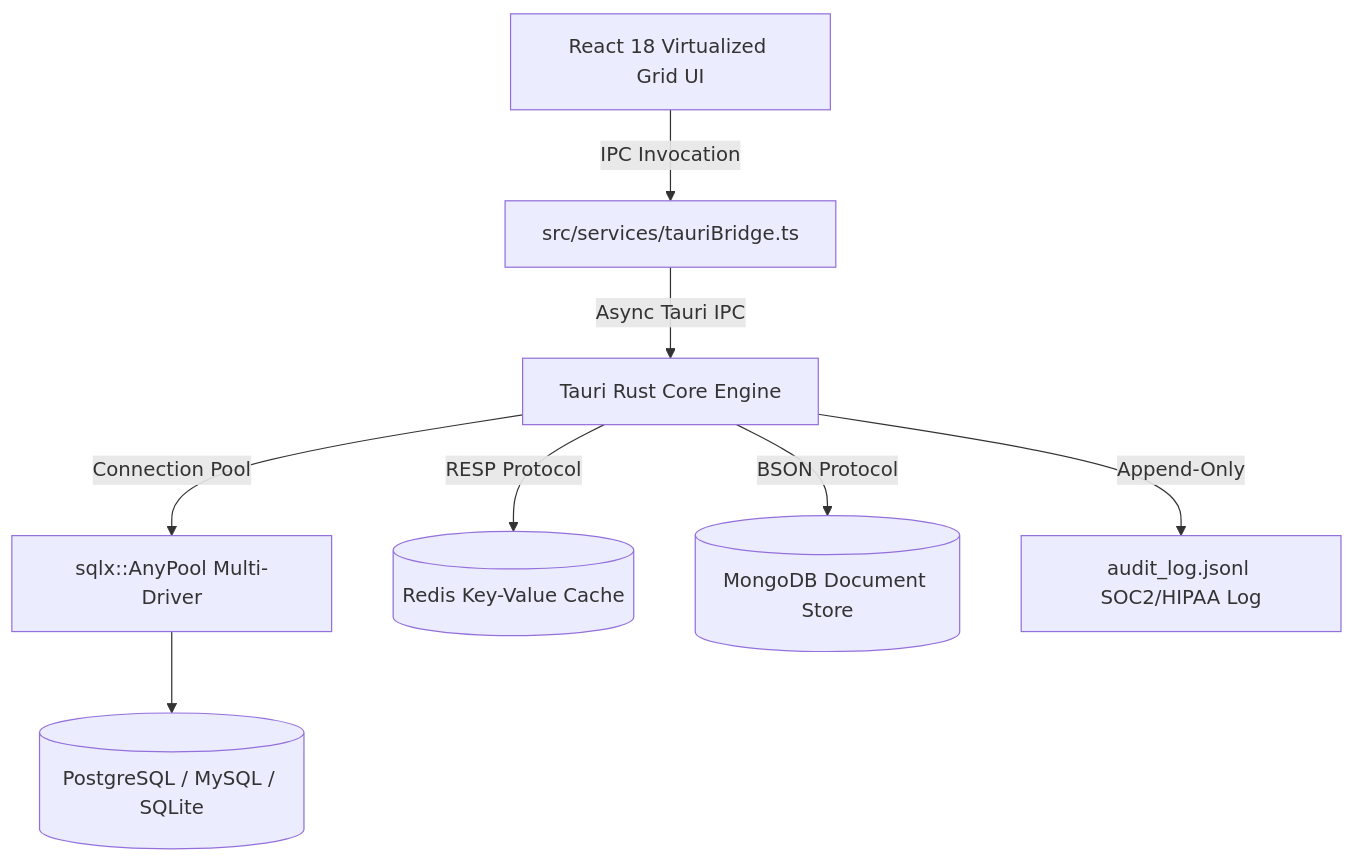
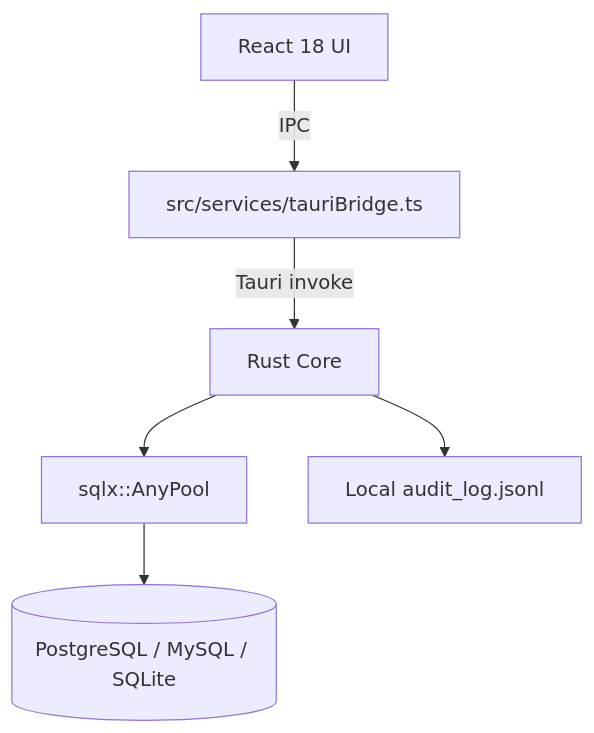
One commit to GUNPARK-GOOKIM/DevDash changed the diagram in README.md. Above: the diagram before and after it, drawn with Mermaid. The commit also changed other lines of this file and 40 other files, not shown here.

First line of the commit message:
fix: production audit hardening for core SQL client paths

````diff
--- a/README.md
+++ b/README.md
@@ -67,10 +82,8 @@
 ```mermaid
 flowchart TD
-    UI[React 18 Virtualized Grid UI] -->|IPC Invocation| Bridge[src/services/tauriBridge.ts]
-    Bridge -->|Async Tauri IPC| Rust[Tauri Rust Core Engine]
-    Rust -->|Connection Pool| Pool[sqlx::AnyPool Multi-Driver]
+    UI[React 18 UI] -->|IPC| Bridge[src/services/tauriBridge.ts]
+    Bridge -->|Tauri invoke| Rust[Rust Core]
+    Rust --> Pool[sqlx::AnyPool]
     Pool --> SQL[(PostgreSQL / MySQL / SQLite)]
-    Rust -->|RESP Protocol| Redis[(Redis Key-Value Cache)]
-    Rust -->|BSON Protocol| Mongo[(MongoDB Document Store)]
-    Rust -->|Append-Only| Audit[audit_log.jsonl SOC2/HIPAA Log]
+    Rust --> Audit[Local audit_log.jsonl]
 ```
````
